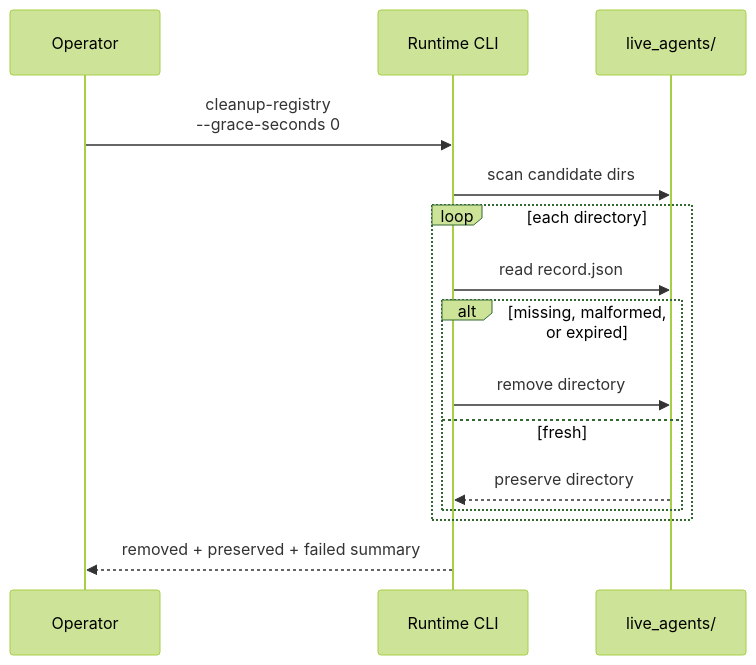
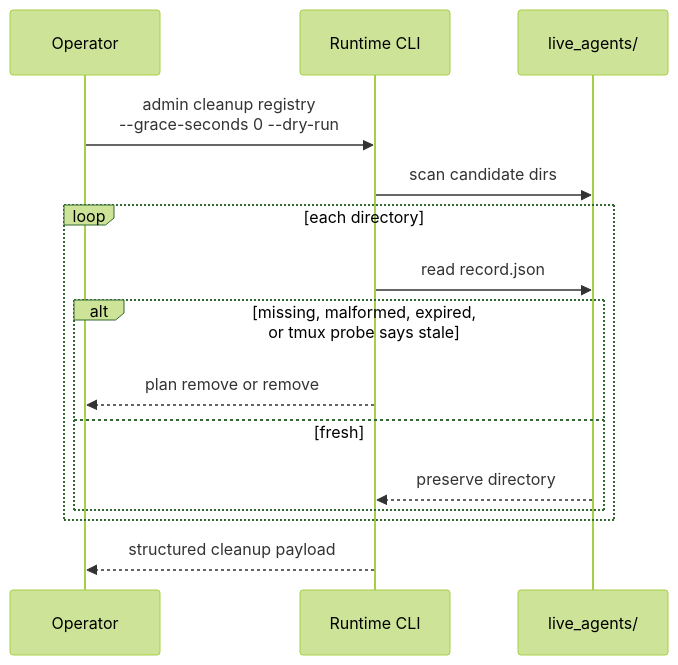
Before and after one commit to igamenovoer/houmao: the second of 2 diagrams in docs/reference/registry/operations/discovery-and-cleanup.md, drawn with Mermaid (forest theme). The commit also changed other lines of this file and 21 other files, not shown here.

````diff
--- a/docs/reference/registry/operations/discovery-and-cleanup.md
+++ b/docs/reference/registry/operations/discovery-and-cleanup.md
@@ -132,17 +162,17 @@
 ```mermaid
 sequenceDiagram
     participant Op as Operator
     participant CLI as Runtime CLI
     participant RG as live_agents/
-    Op->>CLI: cleanup-registry<br/>--grace-seconds 0
+    Op->>CLI: admin cleanup registry<br/>--grace-seconds 0 --dry-run
     CLI->>RG: scan candidate dirs
     loop each directory
         CLI->>RG: read record.json
-        alt missing, malformed, or expired
-            CLI->>RG: remove directory
+        alt missing, malformed, expired,<br/>or tmux probe says stale
+            CLI-->>Op: plan remove or remove
         else fresh
             RG-->>CLI: preserve directory
         end
     end
-    CLI-->>Op: removed + preserved + failed summary
+    CLI-->>Op: structured cleanup payload
 ```
````
